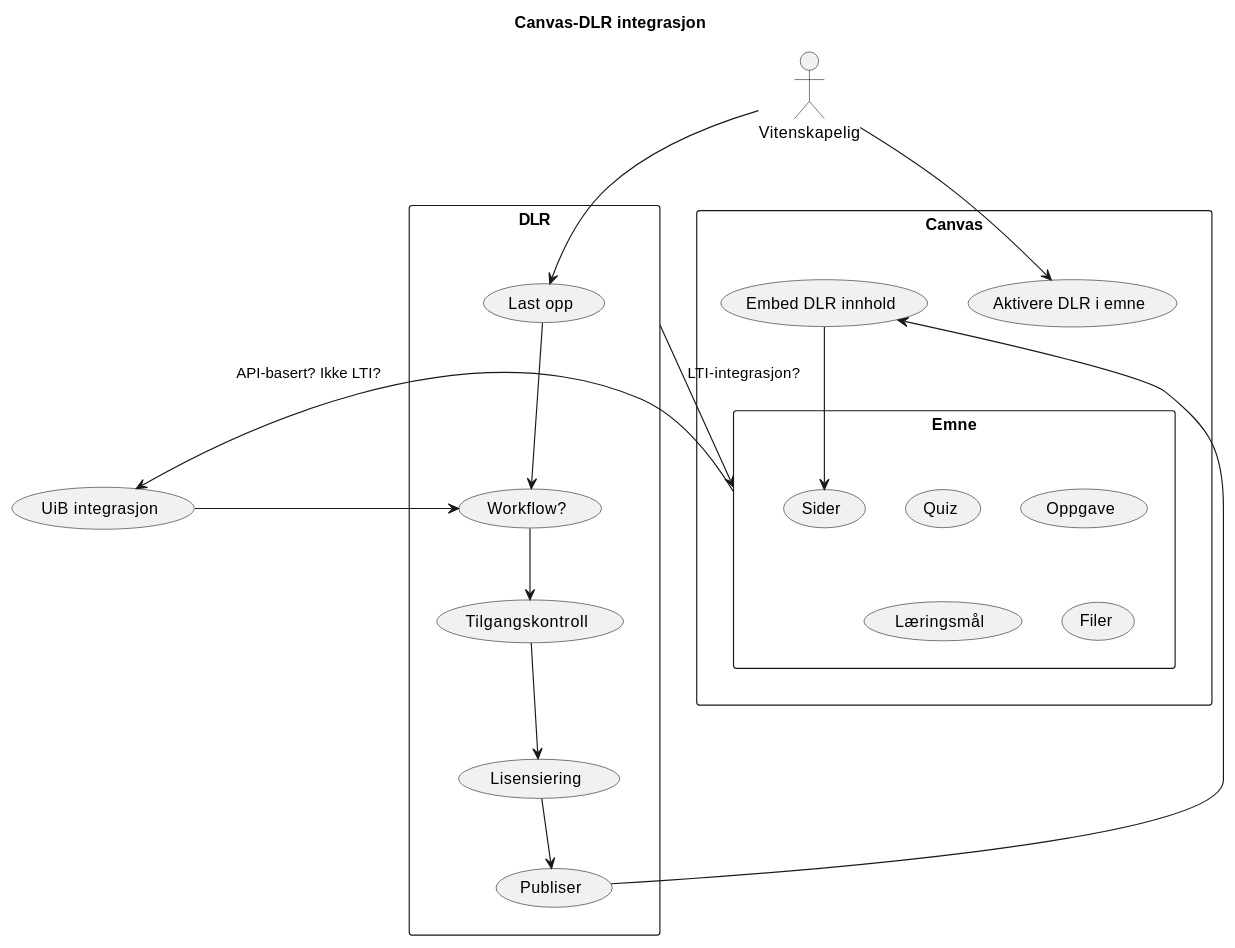
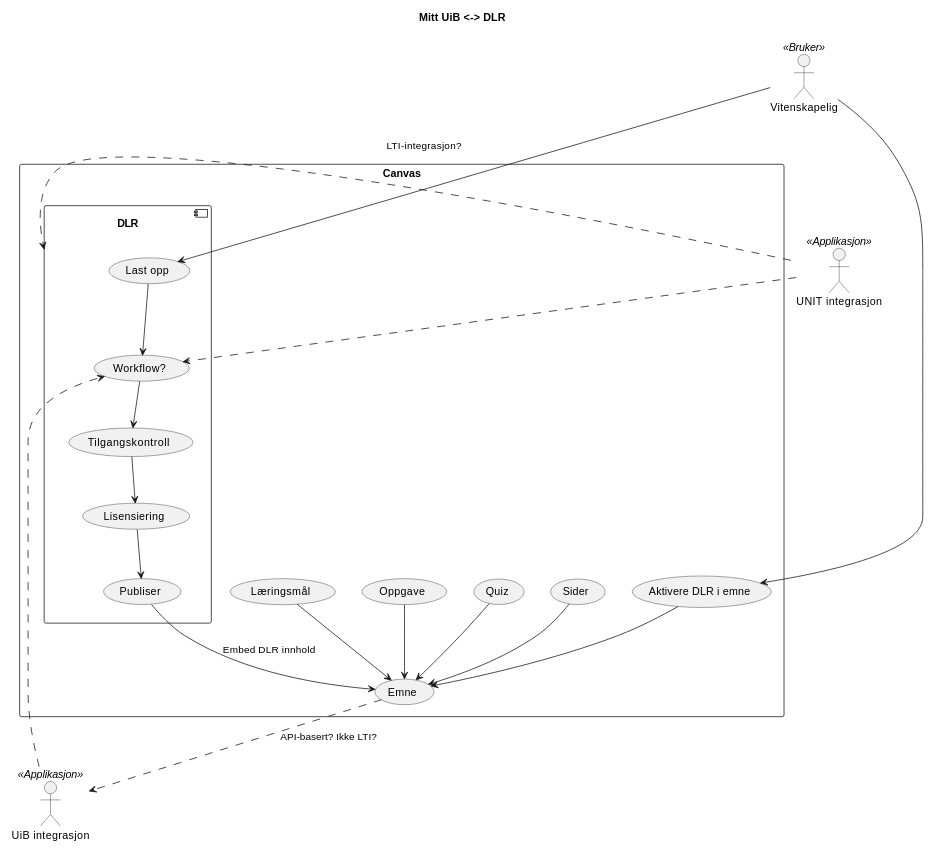
Before and after one commit to tarjelavik/mam-dlr-architecture: the diagram in src/docs/canvas-dlr.md, drawn with PlantUML. The commit also changed other lines of this file and 4 other files, not shown here.

````diff
--- a/src/docs/canvas-dlr.md
+++ b/src/docs/canvas-dlr.md
@@ -9,47 +14,50 @@
 ```plantuml 
 @startuml
+scale 2/3
 
-title Canvas-DLR integrasjon
-
-
-rectangle DLR {
-    (Last opp) as dlrupload
-    (Tilgangskontroll) as access
-    (Lisensiering) as license
-    (Publiser) as publish
-    (Workflow?) as wf
-}
+title Mitt UiB <-> DLR
 
 rectangle Canvas {
+    (Emne) as emne
+    (Sider) as sider
+    (Quiz) as quiz
+    (Oppgave) as oppgave
+    (Læringsmål) as mal
     (Aktivere DLR i emne) as activate
-    (Embed DLR innhold) as ltidlr
-    rectangle Emne { 
-        (Sider) as sider
-        (Quiz)
-        (Oppgave)
-        (Læringsmål)
-        (Filer)
+
+    component DLR {
+        (Last opp) as dlrupload
+        (Workflow?) as wf
+        (Tilgangskontroll) as access
+        (Lisensiering) as license
+        (Publiser) as publish
     }
 }
 
 
-:Vitenskapelig: as Lecturer
+:UiB integrasjon: as middleware << Applikasjon >> 
+middleware ..> wf
+emne ..> middleware : "API-basert? Ikke LTI?"
 
+:UNIT integrasjon: as unit << Applikasjon >> 
+DLR <.. unit : LTI-integrasjon?
+unit ..> wf
+
+:Vitenskapelig: as Lecturer << Bruker >>
 Lecturer --> dlrupload
 dlrupload --> wf
-publish --> ltidlr
 wf --> access
 access --> license
 license --> publish
+publish --> emne : Embed DLR innhold
 
 Lecturer --> activate
+activate --> emne
 
-DLR --> Emne : "LTI-integrasjon?"
-
-ltidlr --> sider
-
-Emne --> (UiB integrasjon) : "API-basert? Ikke LTI?"
-(UiB integrasjon) -> wf
+sider --> emne
+quiz --> emne
+oppgave --> emne
+mal --> emne
 
 @enduml
 ```
````
